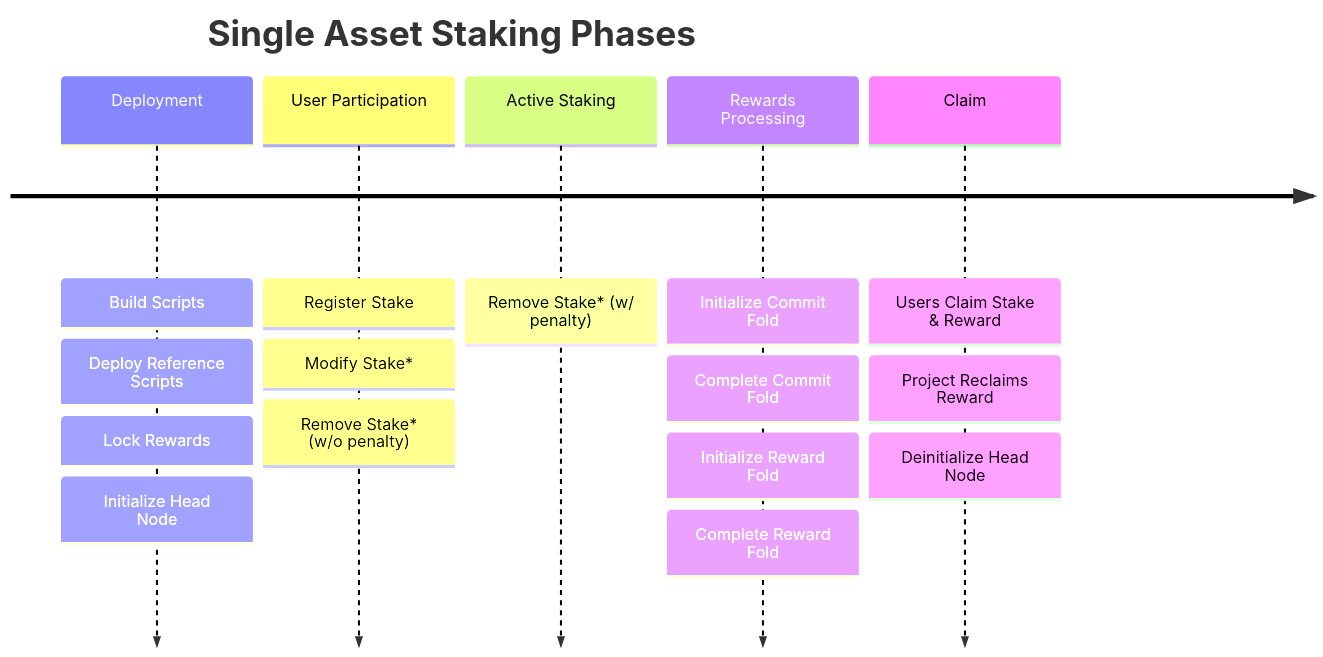
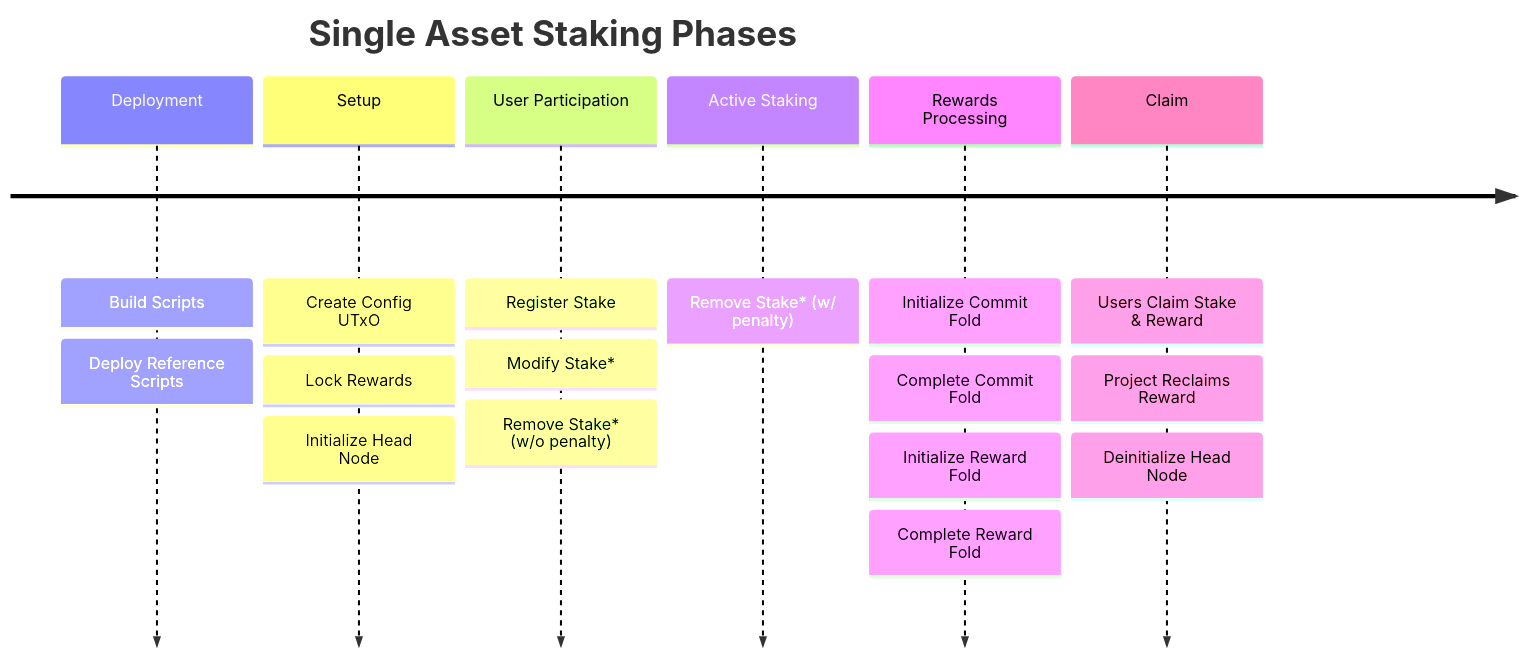
The first of 9 diagrams in README.md (Anastasia-Labs/single-asset-staking-offchain), drawn with Mermaid before and after one commit. The commit also changed other lines of this file, not shown here.

````diff
--- a/README.md
+++ b/README.md
@@ -50,25 +56,27 @@
 ```mermaid
 timeline
-    
+
     title Single Asset Staking Phases
-    
+
     Deployment : Build Scripts
                : Deploy Reference Scripts
-               : Lock Rewards
-               : Initialize Head Node
-    
-    User Participation : Register Stake 
-                       : Modify Stake* 
+
+    Setup : Create Config UTxO
+          : Lock Rewards
+          : Initialize Head Node
+
+    User Participation : Register Stake
+                       : Modify Stake*
                        : Remove Stake* (w/o penalty)
 
     Active Staking : Remove Stake* (w/ penalty)
 
     Rewards Processing : Initialize Commit Fold
                        : Complete Commit Fold
                        : Initialize Reward Fold
                        : Complete Reward Fold
 
     Claim : Users Claim Stake & Reward
           : Project Reclaims Reward
           : Deinitialize Head Node
 ```
````
